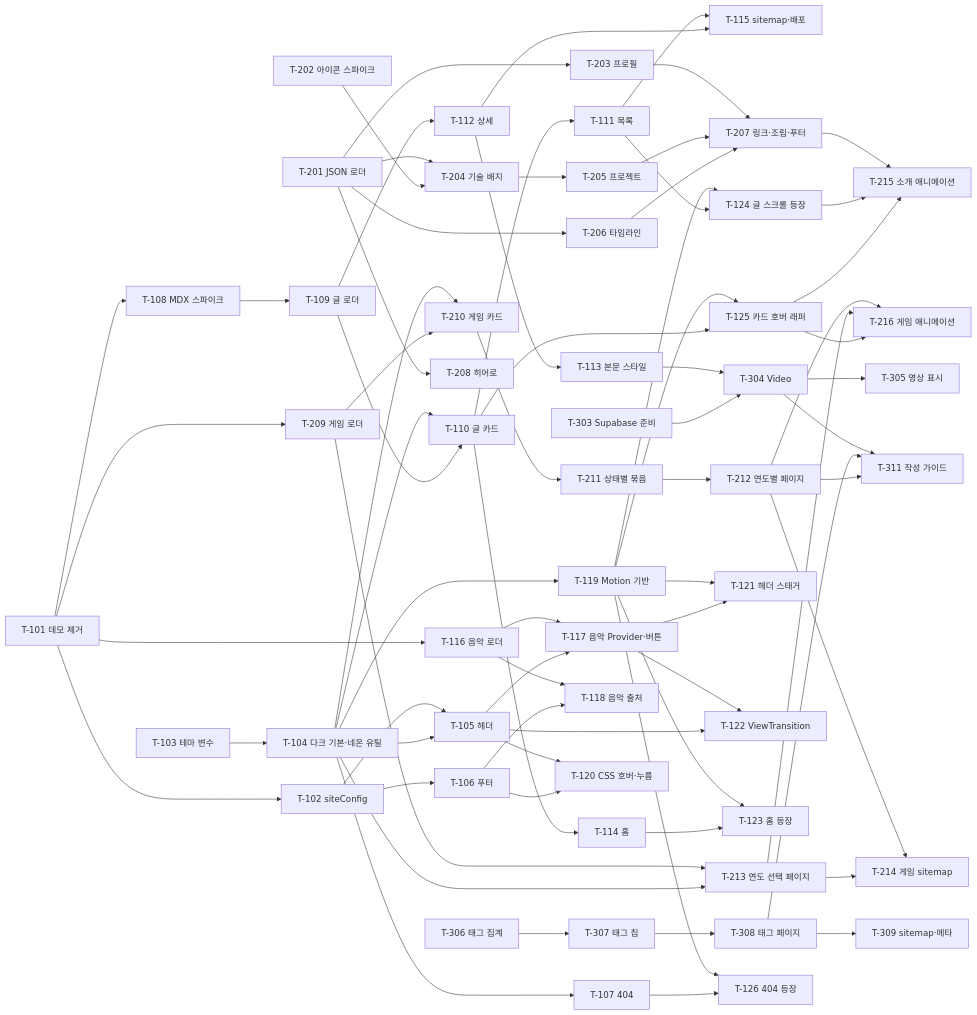
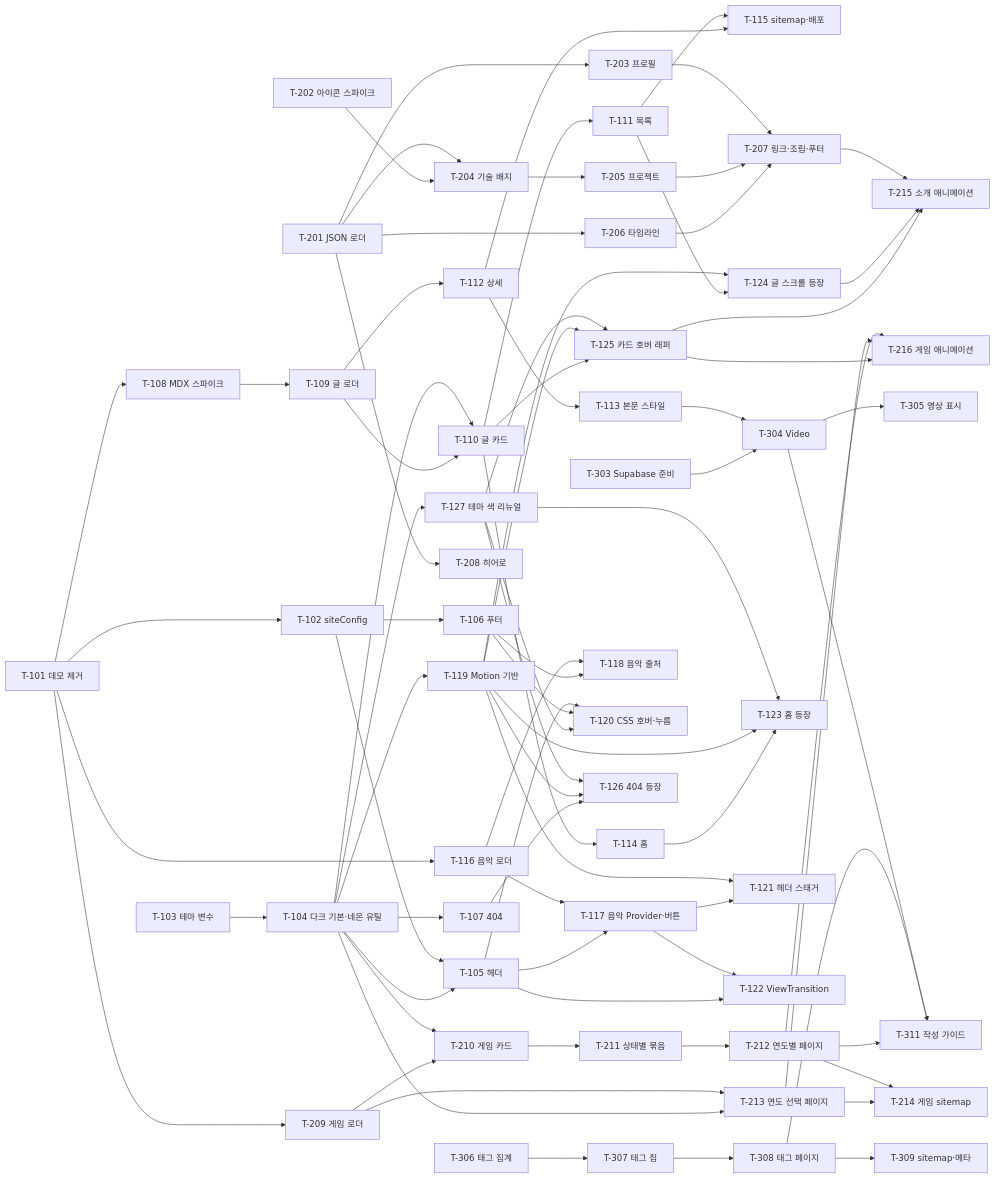
The diagram in .claude/docs/ROADMAP.md (GameDev-HanS/gamedev-hans.github.io), drawn with Mermaid before and after one commit. The commit also changed other lines of this file and 16 other files, not shown here.

````diff
--- a/.claude/docs/ROADMAP.md
+++ b/.claude/docs/ROADMAP.md
@@ -290,75 +299,80 @@
 ```mermaid
 graph LR
   T101[T-101 데모 제거] --> T102[T-102 siteConfig]
   T101 --> T108[T-108 MDX 스파이크]
   T103[T-103 테마 변수] --> T104[T-104 다크 기본·네온 유틸]
   T102 --> T105[T-105 헤더]
   T104 --> T105
   T102 --> T106[T-106 푸터]
   T104 --> T107[T-107 404]
   T108 --> T109[T-109 글 로더]
   T104 --> T110[T-110 글 카드]
   T109 --> T110
   T110 --> T111[T-111 목록]
   T109 --> T112[T-112 상세]
   T112 --> T113[T-113 본문 스타일]
   T110 --> T114[T-114 홈]
   T111 --> T115[T-115 sitemap·배포]
   T112 --> T115
 
   T201[T-201 JSON 로더] --> T203[T-203 프로필]
   T201 --> T204[T-204 기술 배지]
   T202[T-202 아이콘 스파이크] --> T204
   T204 --> T205[T-205 프로젝트]
   T201 --> T206[T-206 타임라인]
   T203 --> T207[T-207 링크·조립·푸터]
   T205 --> T207
   T206 --> T207
   T201 --> T208[T-208 히어로]
   T101 --> T209[T-209 게임 로더]
   T104 --> T210[T-210 게임 카드]
   T209 --> T210
   T210 --> T211[T-211 상태별 묶음]
   T211 --> T212[T-212 연도별 페이지]
   T209 --> T213[T-213 연도 선택 페이지]
   T104 --> T213
   T212 --> T214[T-214 게임 sitemap]
   T213 --> T214
 
   T113 --> T304[T-304 Video]
   T303[T-303 Supabase 준비] --> T304
   T304 --> T305[T-305 영상 표시]
   T306[T-306 태그 집계] --> T307[T-307 태그 칩]
   T307 --> T308[T-308 태그 페이지]
   T308 --> T309[T-309 sitemap·메타]
   T304 --> T311[T-311 작성 가이드]
   T308 --> T311
   T212 --> T311
 
   T101 --> T116[T-116 음악 로더]
   T116 --> T117[T-117 음악 Provider·버튼]
   T105 --> T117
   T116 --> T118[T-118 음악 출처]
   T106 --> T118
+  T104 --> T127[T-127 테마 색 리뉴얼]
   T104 --> T119[T-119 Motion 기반]
   T105 --> T120[T-120 CSS 호버·누름]
   T106 --> T120
+  T127 --> T120
+  T127 --> T123
+  T127 --> T125
+  T127 --> T126
   T119 --> T121[T-121 헤더 스태거]
   T117 --> T121
   T117 --> T122[T-122 ViewTransition]
   T105 --> T122
   T119 --> T123[T-123 홈 등장]
   T114 --> T123
   T119 --> T124[T-124 글 스크롤 등장]
   T111 --> T124
   T119 --> T125[T-125 카드 호버 래퍼]
   T110 --> T125
   T119 --> T126[T-126 404 등장]
   T107 --> T126
   T207 --> T215[T-215 소개 애니메이션]
   T124 --> T215
   T125 --> T215
   T212 --> T216[T-216 게임 애니메이션]
   T213 --> T216
   T125 --> T216
 ```
````
